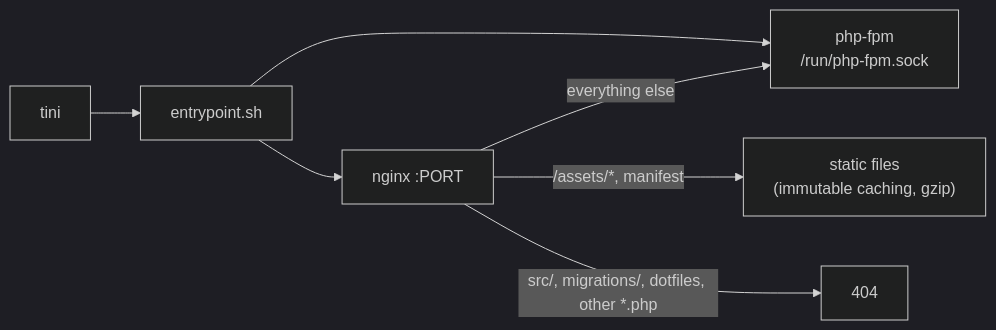
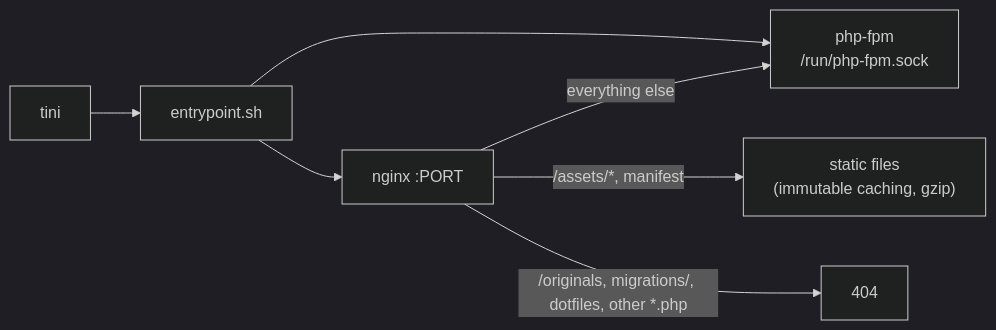
One commit to thordin9/apotheke changed the second of 2 diagrams in docs/architecture.md. Above: the diagram before and after it, drawn with Mermaid (dark theme). The commit also changed other lines of this file and 11 other files, not shown here.

````diff
--- a/docs/architecture.md
+++ b/docs/architecture.md
@@ -168,9 +150,9 @@
 ```mermaid
 flowchart LR
   tini --> ep["entrypoint.sh"]
   ep --> fpm["php-fpm<br/>/run/php-fpm.sock"]
   ep --> nginx["nginx :PORT"]
   nginx -->|"/assets/*, manifest"| static["static files<br/>(immutable caching, gzip)"]
   nginx -->|"everything else"| fpm
-  nginx -->|"src/, migrations/, dotfiles, other *.php"| deny["404"]
+  nginx -->|"/originals, migrations/, dotfiles, other *.php"| deny["404"]
 ```
````
